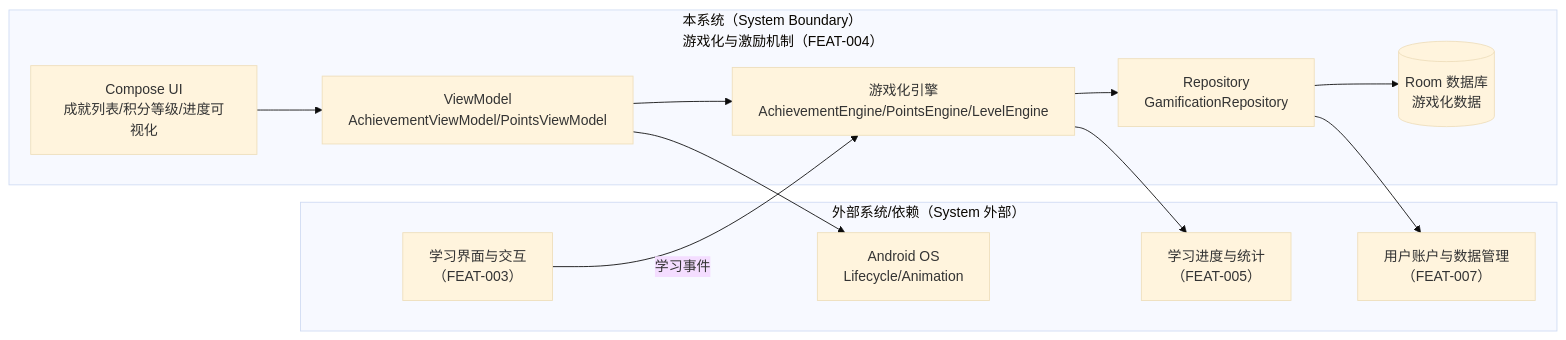
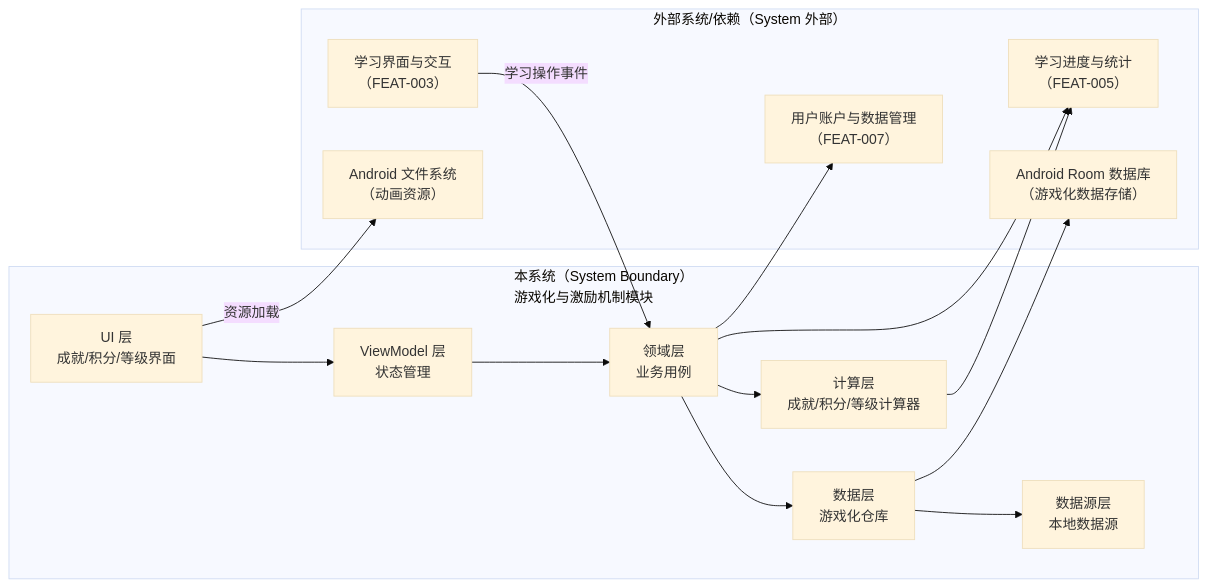
One commit to jackykarma/Verity changed the first of 26 diagrams in specs/epics/EPIC-001-word-memory-app/features/FEAT-004-gamification-incentive/plan.md. Above: the diagram before and after it, drawn with Mermaid (base theme). The commit also changed other lines of this file and 20 other files, not shown here.

````diff
--- a/specs/epics/EPIC-001-word-memory-app/features/FEAT-004-gamification-incentive/plan.md
+++ b/specs/epics/EPIC-001-word-memory-app/features/FEAT-004-gamification-incentive/plan.md
@@ -60,26 +61,29 @@
 ```mermaid
 flowchart LR
-  subgraph System["本系统（System Boundary）<br/>游戏化与激励机制（FEAT-004）"]
-    UI["Compose UI<br/>成就列表/积分等级/进度可视化"]
-    VM["ViewModel<br/>AchievementViewModel/PointsViewModel"]
-    Engine["游戏化引擎<br/>AchievementEngine/PointsEngine/LevelEngine"]
-    Repo["Repository<br/>GamificationRepository"]
-    DB[(Room 数据库<br/>游戏化数据)]
+  subgraph System["本系统（System Boundary）<br/>游戏化与激励机制模块"]
+    UI[UI 层<br/>成就/积分/等级界面]
+    ViewModel[ViewModel 层<br/>状态管理]
+    UseCase[领域层<br/>业务用例]
+    Repository[数据层<br/>游戏化仓库]
+    Calculator[计算层<br/>成就/积分/等级计算器]
+    DataSource[数据源层<br/>本地数据源]
   end
-
   subgraph External["外部系统/依赖（System 外部）"]
-    Stats["学习进度与统计<br/>（FEAT-005）"]
-    DataMgr["用户账户与数据管理<br/>（FEAT-007）"]
-    Learning["学习界面与交互<br/>（FEAT-003）"]
-    OS["Android OS<br/>Lifecycle/Animation"]
+    LearningStats["学习进度与统计<br/>（FEAT-005）"]
+    UserData["用户账户与数据管理<br/>（FEAT-007）"]
+    LearningUI["学习界面与交互<br/>（FEAT-003）"]
+    RoomDB["Android Room 数据库<br/>（游戏化数据存储）"]
+    FileSystem["Android 文件系统<br/>（动画资源）"]
   end
-
-  UI --> VM
-  VM --> Engine
-  Engine --> Repo
-  Repo --> DB
-  Engine --> Stats
-  Repo --> DataMgr
-  Learning -->|学习事件| Engine
-  VM --> OS
+  UI --> ViewModel
+  ViewModel --> UseCase
+  UseCase --> Repository
+  UseCase --> Calculator
+  Repository --> DataSource
+  Calculator --> LearningStats
+  Repository --> RoomDB
+  UseCase --> LearningStats
+  UseCase --> UserData
+  LearningUI -->|学习操作事件| UseCase
+  UI -->|资源加载| FileSystem
 ```
````
